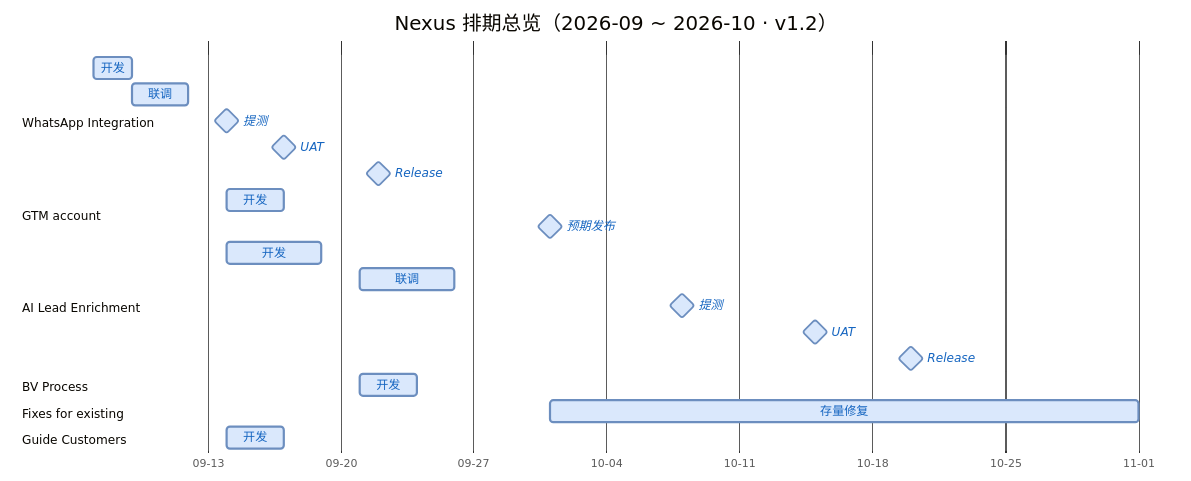
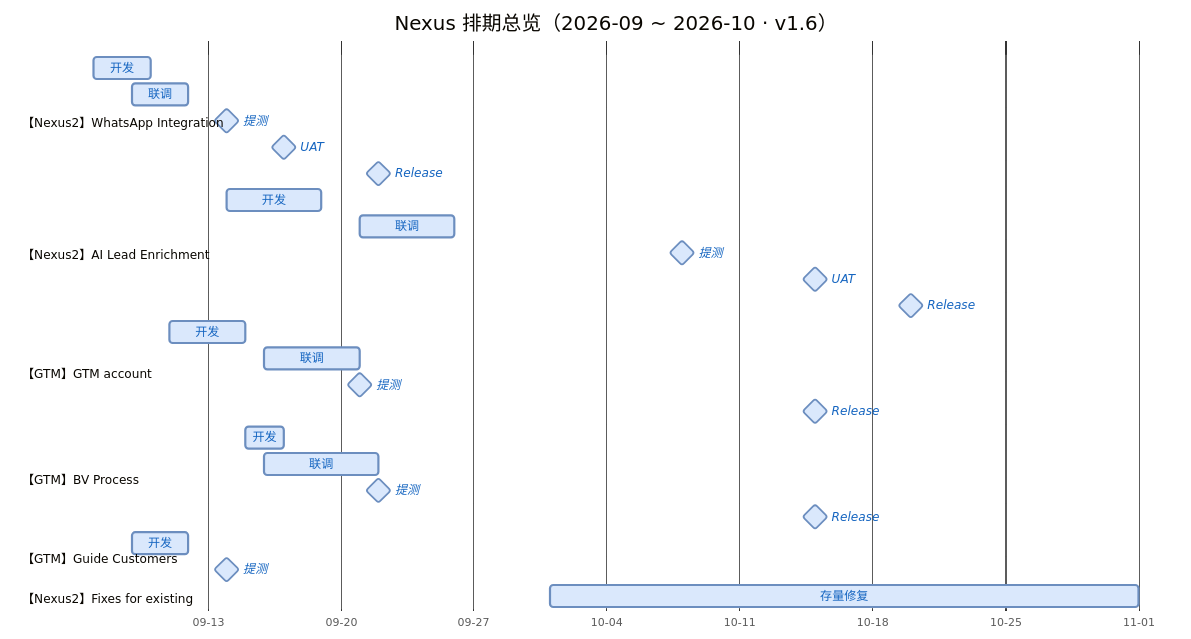
One commit to junyang-visable/my-ai changed the diagram in projects-management/nexus/ROADMAP.md. Above: the diagram before and after it, drawn with Mermaid. The commit also changed other lines of this file and 1 other file, not shown here.

First line of the commit message:
docs(nexus): update roadmap to v1.6 (schedule refresh, reordering, project prefixes)

````diff
--- a/projects-management/nexus/ROADMAP.md
+++ b/projects-management/nexus/ROADMAP.md
@@ -11,29 +11,35 @@
 ```mermaid
 %%{init: {"theme":"base","themeVariables":{"cScale0":"#dae8fc","cScale1":"#dae8fc","cScale2":"#dae8fc","cScale3":"#dae8fc","cScale4":"#dae8fc","cScale5":"#dae8fc","cScale6":"#dae8fc","cScale7":"#dae8fc","cScale8":"#dae8fc","cScale9":"#dae8fc","cScale10":"#dae8fc","cScale11":"#dae8fc","cScaleLabel0":"#1565C0","cScaleLabel1":"#1565C0","cScaleLabel2":"#1565C0","cScaleLabel3":"#1565C0","cScaleLabel4":"#1565C0","cScaleLabel5":"#1565C0","cScaleLabel6":"#1565C0","cScaleLabel7":"#1565C0","cScaleLabel8":"#1565C0","cScaleLabel9":"#1565C0","cScaleLabel10":"#1565C0","cScaleLabel11":"#1565C0","taskBkgColor":"#dae8fc","taskBorderColor":"#6c8ebf","taskTextColor":"#1565C0","taskTextDarkColor":"#1565C0","taskTextOutsideColor":"#1565C0","sectionBkgColor":"#ffffff","altSectionBkgColor":"#ffffff","sectionBkgColor0":"#ffffff","sectionBkgColor1":"#ffffff","sectionBkgColor2":"#ffffff","sectionBkgColor3":"#ffffff","sectionBkgColor4":"#ffffff","sectionBkgColor5":"#ffffff","sectionBkgColor6":"#ffffff","sectionBkgColor7":"#ffffff","sectionBkgColor8":"#ffffff","sectionBkgColor9":"#ffffff","sectionBkgColor10":"#ffffff","sectionBkgColor11":"#ffffff","altSectionBkgColor0":"#ffffff","altSectionBkgColor1":"#ffffff","altSectionBkgColor2":"#ffffff","altSectionBkgColor3":"#ffffff","altSectionBkgColor4":"#ffffff","altSectionBkgColor5":"#ffffff","altSectionBkgColor6":"#ffffff","altSectionBkgColor7":"#ffffff","altSectionBkgColor8":"#ffffff","altSectionBkgColor9":"#ffffff","altSectionBkgColor10":"#ffffff","altSectionBkgColor11":"#ffffff"}}}%%
 gantt
-    title Nexus 排期总览（2026-09 ~ 2026-10 · v1.2）
+    title Nexus 排期总览（2026-09 ~ 2026-10 · v1.6）
     dateFormat YYYY-MM-DD
     axisFormat %m-%d
     todayMarker off
-    section WhatsApp Integration
-    开发    :2026-09-07, 2d
+    section 【Nexus2】WhatsApp Integration
+    开发    :2026-09-07, 3d
     联调    :2026-09-09, 3d
     提测    :milestone, 2026-09-14, 0d
     UAT     :milestone, 2026-09-17, 0d
     Release :milestone, 2026-09-22, 0d
-    section GTM account
-    开发    :2026-09-14, 3d
-    预期发布 :milestone, 2026-10-01, 0d
-    section AI Lead Enrichment
+    section 【Nexus2】AI Lead Enrichment
     开发    :2026-09-14, 5d
     联调    :2026-09-21, 5d
     提测    :milestone, 2026-10-08, 0d
     UAT     :milestone, 2026-10-15, 0d
     Release :milestone, 2026-10-20, 0d
-    section BV Process
-    开发    :2026-09-21, 3d
-    section Fixes for existing
+    section 【GTM】GTM account
+    开发    :2026-09-11, 4d
+    联调    :2026-09-16, 5d
+    提测    :milestone, 2026-09-21, 0d
+    Release :milestone, 2026-10-15, 0d
+    section 【GTM】BV Process
+    开发    :2026-09-15, 2d
+    联调    :2026-09-16, 6d
+    提测    :milestone, 2026-09-22, 0d
+    Release :milestone, 2026-10-15, 0d
+    section 【GTM】Guide Customers
+    开发    :2026-09-09, 3d
+    提测    :milestone, 2026-09-14, 0d
+    section 【Nexus2】Fixes for existing
     存量修复 :2026-10-01, 31d
-    section Guide Customers
-    开发    :2026-09-14, 3d
 ```
````
